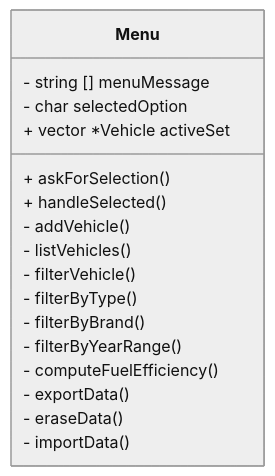
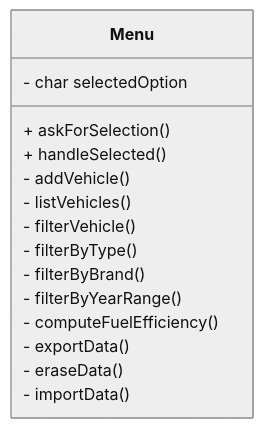
One commit to asamaranch78/swatcplusplus25Q4 changed the third of 7 diagrams in FinalProject/Readme.md. Above: the diagram before and after it, drawn with Mermaid (neutral theme). The commit also changed other lines of this file, not shown here.

````diff
--- a/FinalProject/Readme.md
+++ b/FinalProject/Readme.md
@@ -133,21 +129,19 @@
 ```mermaid
 classDiagram
 class Menu {
-	- string [] menuMessage
 	- char selectedOption
-    + vector *Vehicle activeSet
 	+ askForSelection ()
 	+ handleSelected ()
 	- addVehicle()
 	- listVehicles()
 	- filterVehicle()
 	- filterByType() 
 	- filterByBrand()
 	- filterByYearRange()
 	- computeFuelEfficiency()
 	- exportData()
 	- eraseData() 
 	- importData()
 	
 }
 ```
````
